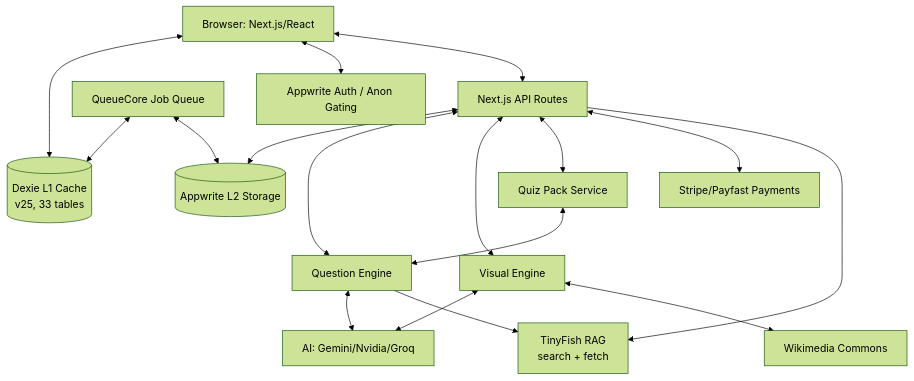
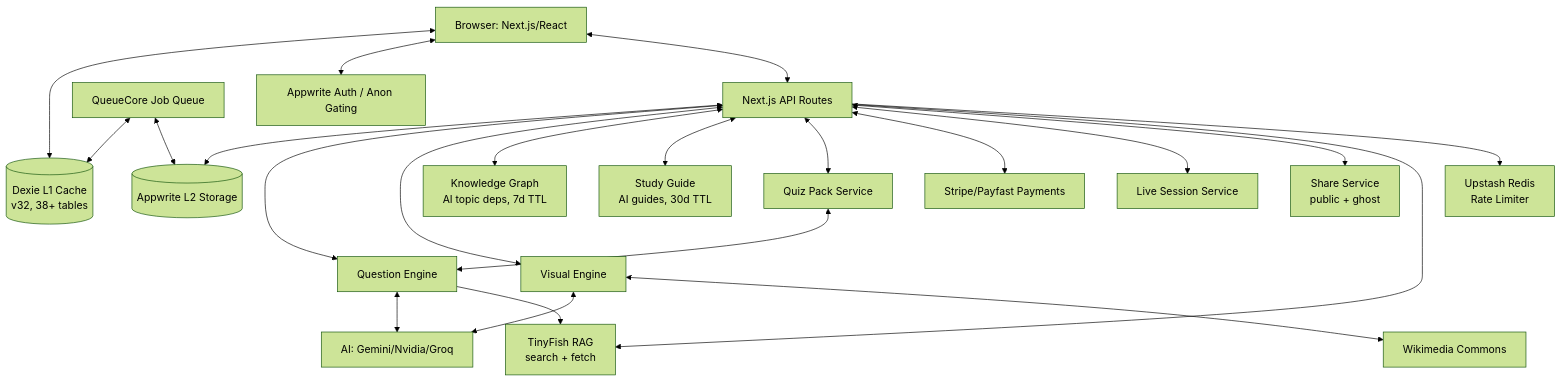
One commit to thembaxx/lumni changed the diagram in .context/system-design.md. Above: the diagram before and after it, drawn with Mermaid (forest theme). The commit also changed other lines of this file and 7 other files, not shown here.

````diff
--- a/.context/system-design.md
+++ b/.context/system-design.md
@@ -8,33 +8,43 @@
 ```mermaid
 graph TD
     Client[Browser: Next.js/React]
-    Dexie[(Dexie L1 Cache<br/>v25, 33 tables)]
+    Dexie[(Dexie L1 Cache<br/>v32, 38+ tables)]
     Appwrite[(Appwrite L2 Storage)]
     API[Next.js API Routes]
     Engine[Question Engine]
     Visual[Visual Engine]
+    KG[Knowledge Graph<br/>AI topic deps, 7d TTL]
+    SG[Study Guide<br/>AI guides, 30d TTL]
     Pack[Quiz Pack Service]
     AI[AI: Gemini/Nvidia/Groq]
     Wiki[Wikimedia Commons]
     RAG[TinyFish RAG<br/>search + fetch]
     Queue[QueueCore Job Queue]
     Auth[Appwrite Auth / Anon Gating]
     Stripe[Stripe/Payfast Payments]
+    Redis[Upstash Redis<br/>Rate Limiter]
+    Live[Live Session Service]
+    Share[Share Service<br/>public + ghost]
 
     Client <--> Dexie
     Client <--> Auth
     Client <--> API
     API <--> Appwrite
     API <--> Engine
     API <--> Visual
+    API <--> KG
+    API <--> SG
     API <--> Pack
     API <--> Stripe
+    API <--> Live
+    API <--> Share
     API --> RAG
+    API --> Redis
     Engine <--> AI
     Engine --> RAG
     Visual <--> AI
     Visual <--> Wiki
     Pack <--> Engine
     Queue <--> Dexie
     Queue <--> Appwrite
 ```
````
